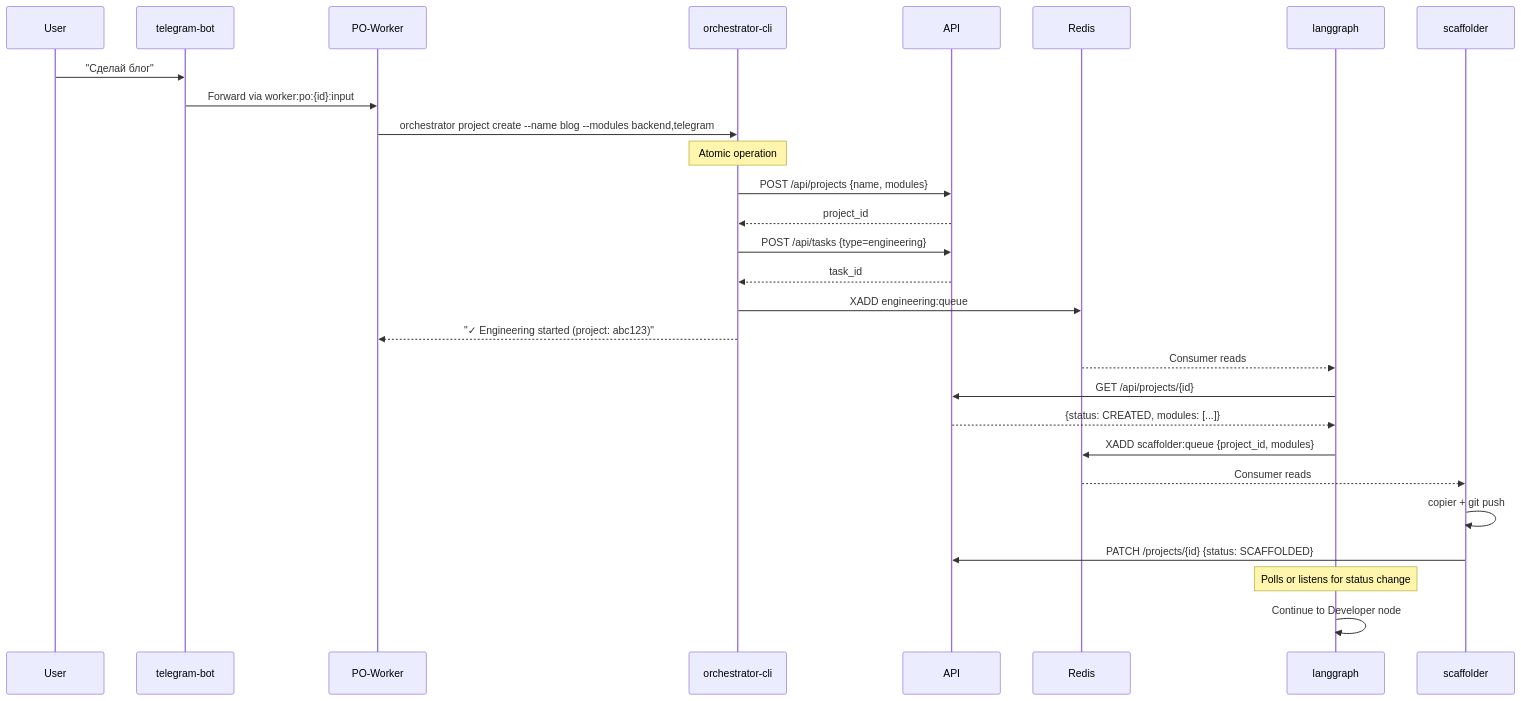
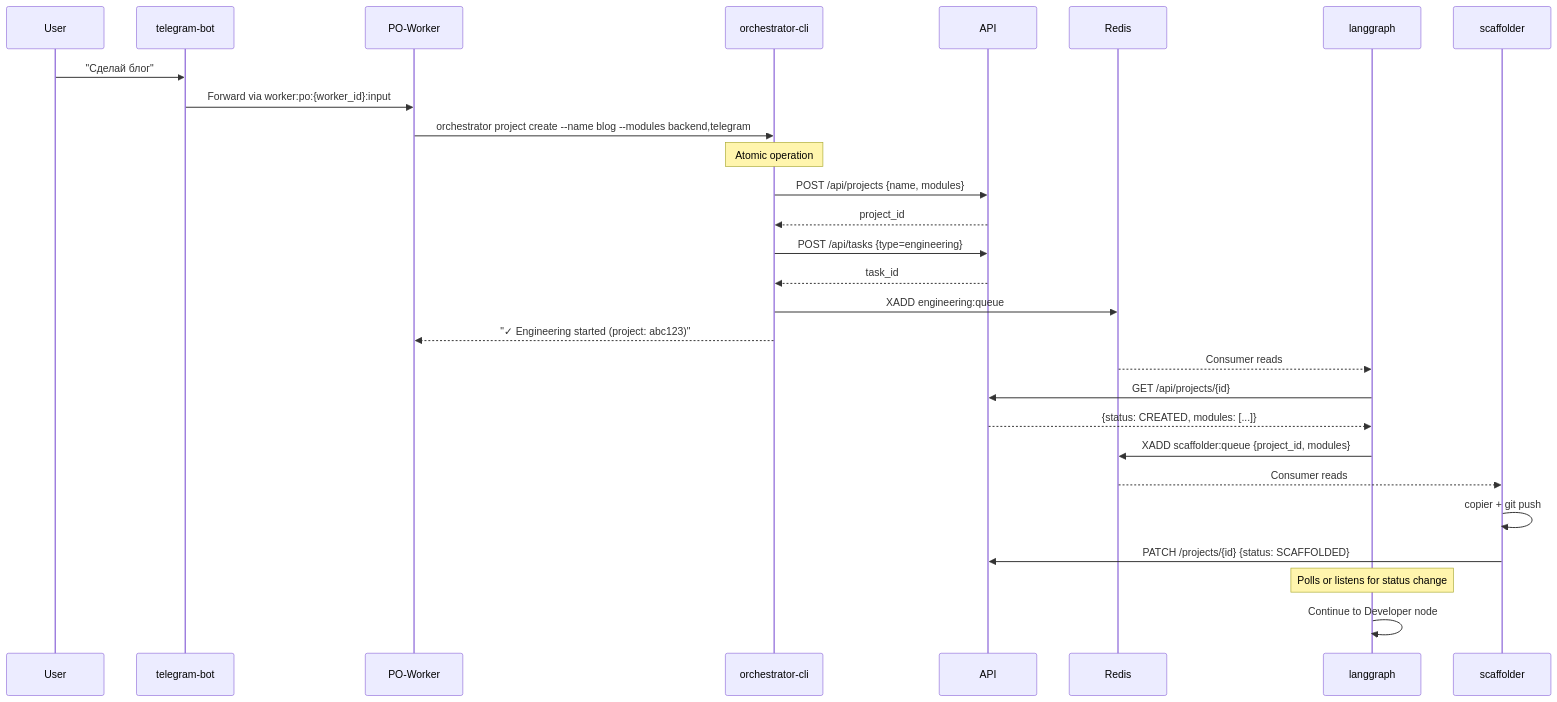
The first of 2 diagrams in docs/new_architecture/CONTRACTS.md (vladmesh/codegen_orchestrator), drawn with Mermaid before and after one commit. The commit also changed other lines of this file and 7 other files, not shown here.

````diff
--- a/docs/new_architecture/CONTRACTS.md
+++ b/docs/new_architecture/CONTRACTS.md
@@ -62,33 +62,33 @@
 ```mermaid
 sequenceDiagram
     participant User
     participant TG as telegram-bot
     participant PO as PO-Worker
     participant CLI as orchestrator-cli
     participant API
     participant Redis
     participant LG as langgraph
     participant Scaff as scaffolder
 
     User->>TG: "Сделай блог"
-    TG->>PO: Forward via worker:po:{id}:input
+    TG->>PO: Forward via worker:po:{worker_id}:input
     PO->>CLI: orchestrator project create --name blog --modules backend,telegram
     
     Note over CLI: Atomic operation
     CLI->>API: POST /api/projects {name, modules}
     API-->>CLI: project_id
     CLI->>API: POST /api/tasks {type=engineering}
     API-->>CLI: task_id
     CLI->>Redis: XADD engineering:queue
     CLI-->>PO: "✓ Engineering started (project: abc123)"
     
     Redis-->>LG: Consumer reads
     LG->>API: GET /api/projects/{id}
     API-->>LG: {status: CREATED, modules: [...]}
     LG->>Redis: XADD scaffolder:queue {project_id, modules}
     Redis-->>Scaff: Consumer reads
     Scaff->>Scaff: copier + git push
     Scaff->>API: PATCH /projects/{id} {status: SCAFFOLDED}
     Note over LG: Polls or listens for status change
     LG->>LG: Continue to Developer node
 ```
````
